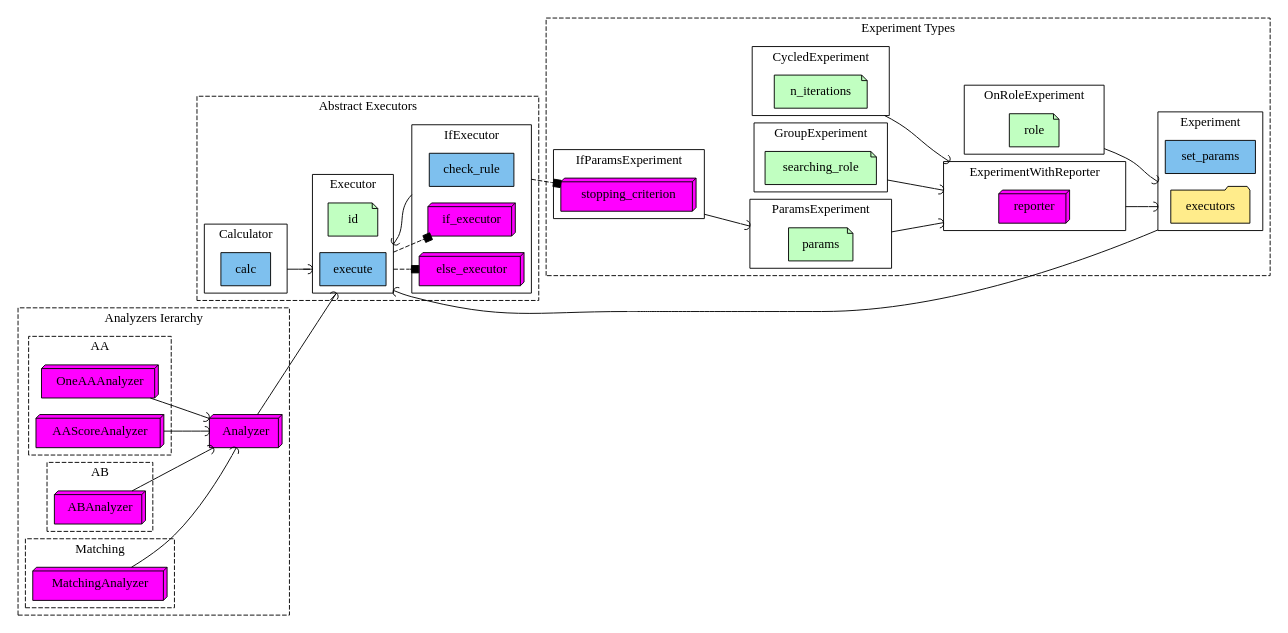
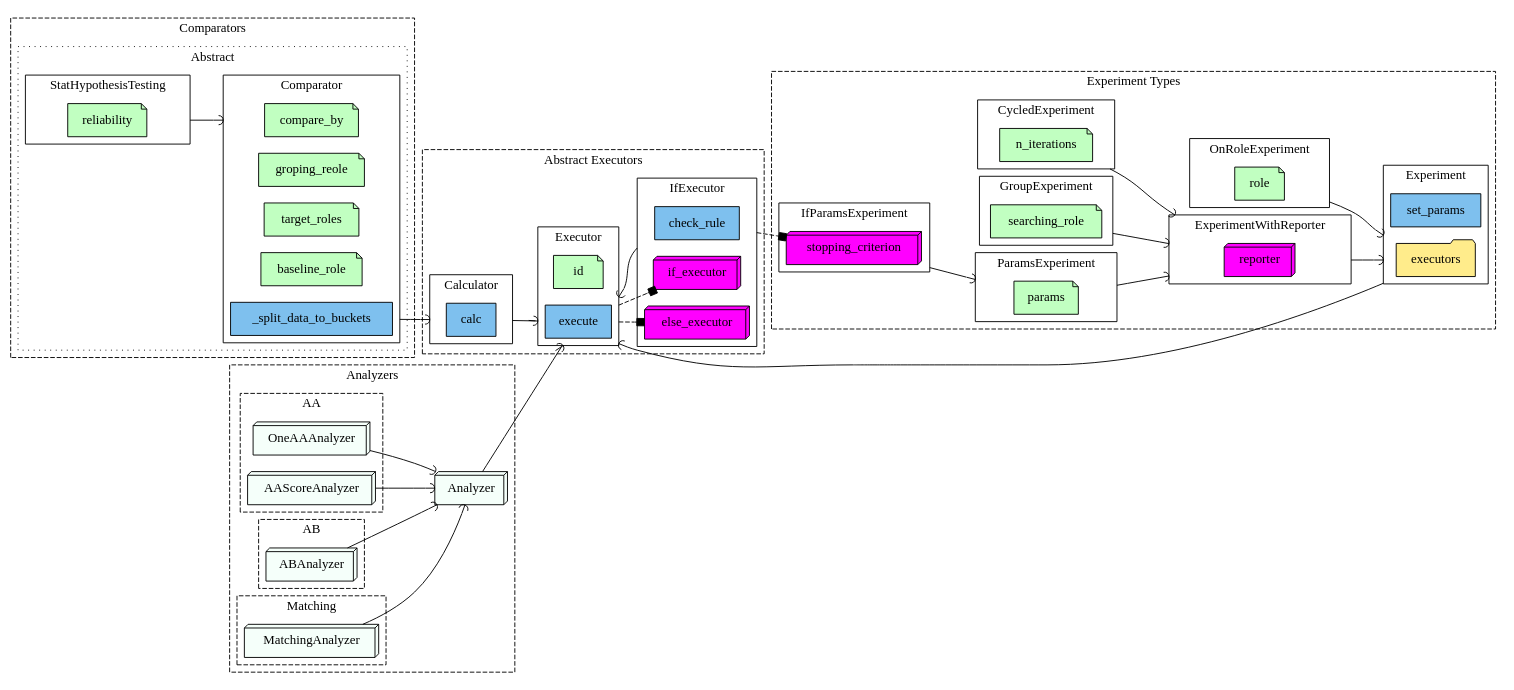
Before and after one commit to sb-ai-lab/HypEx: the diagram in schemes/executors_famaly.dot, drawn with Graphviz.

Commit message:
Start abstract comporators

```diff
--- a/schemes/executors_famaly.dot
+++ b/schemes/executors_famaly.dot
@@ -10,6 +10,11 @@
         n_iterations
         searching_role
         params
+        compare_by
+        groping_reole,
+        target_roles,
+        baseline_role
+        reliability
     }
 
     subgraph functions{
@@ -18,6 +23,7 @@
         calc
         check_rule
         set_params
+        _split_data_to_buckets
     }
 
     subgraph objects{
@@ -27,11 +33,11 @@
         reporter
         stopping_criterion
         // Analyzers----------------
-        analyzer[label="Analyzer"]
-        one_aa_analyzer[label="OneAAAnalyzer"]
-        aa_score_analyzer[label="AAScoreAnalyzer"]
-        ab_analyzer[label="ABAnalyzer"]
-        matching_analyzer[label="MatchingAnalyzer"]
+        analyzer[label="Analyzer", fillcolor=mintcream]
+        one_aa_analyzer[label="OneAAAnalyzer", fillcolor=mintcream]
+        aa_score_analyzer[label="AAScoreAnalyzer", fillcolor=mintcream]
+        ab_analyzer[label="ABAnalyzer", fillcolor=mintcream]
+        matching_analyzer[label="MatchingAnalyzer", fillcolor=mintcream]
     }
 
     subgraph collections{
@@ -157,7 +163,7 @@
     }
 
     subgraph cluster_analyzers{
-        graph[label="Analyzers Ierarchy", style="dashed"]
+        graph[label="Analyzers", style="dashed"]
         analyzer
         subgraph cluster_aa_analyzers{
             graph[label="AA", style="dashed"]
@@ -184,4 +190,36 @@
             matching_analyzer
         } -> analyzer [arrowhead=curve]
     }
+
+    subgraph cluster_comparators{
+        graph[label="Comparators", style="dashed"]
+
+        subgraph cluster_abstract_comporators{
+            graph[label="Abstract", style="dotted"]
+
+            subgraph cluster_comporator{
+                graph[label="Comparator", style="solid"]
+                _split_data_to_buckets
+                compare_by
+                groping_reole
+                target_roles
+                baseline_role
+            }
+            _split_data_to_buckets -> calc [        
+                arrowhead=curve
+                ltail=cluster_comporator
+                lhead=cluster_calculator
+            ]
+
+            subgraph cluster_stat_hyp_testing{
+                graph[label="StatHypothesisTesting", style="solid"]
+                reliability
+            }
+            reliability -> compare_by [        
+                arrowhead=curve
+                ltail=cluster_stat_hyp_testing
+                lhead=cluster_comporator
+            ]
+        }
+    }
 }
```
